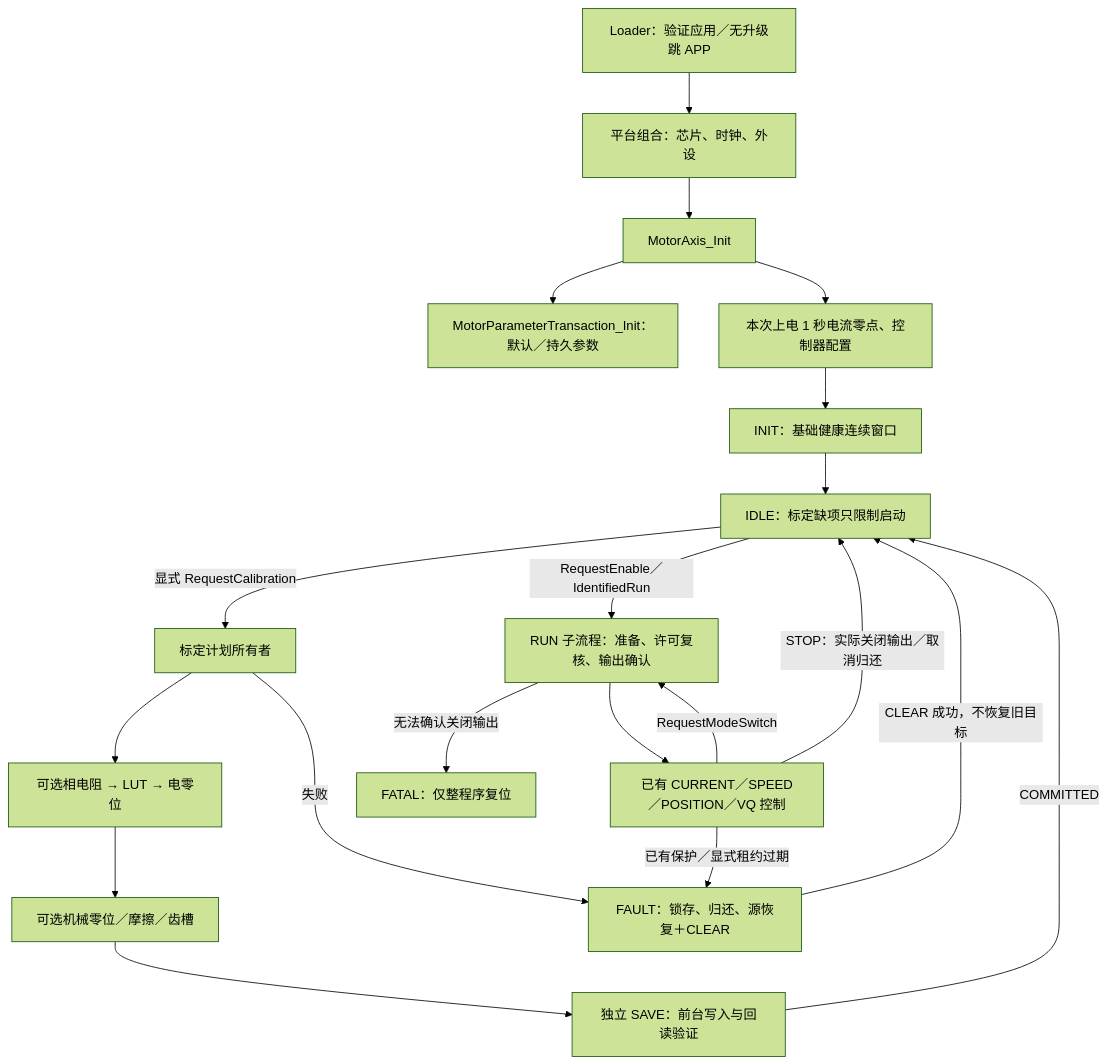
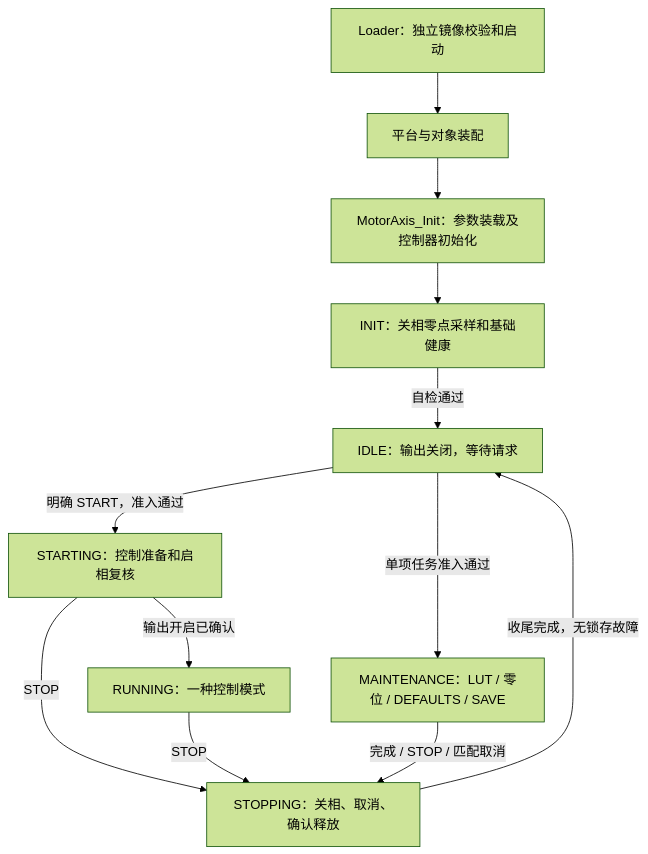
One commit to haoyang877/Vector_Mini_ST_Firmware changed the diagram in docs/architecture/motor_platform_lifecycle_v1.md. Above: the diagram before and after it, drawn with Mermaid (forest theme). The commit also changed other lines of this file and 13 other files, not shown here.

````diff
--- a/docs/architecture/motor_platform_lifecycle_v1.md
+++ b/docs/architecture/motor_platform_lifecycle_v1.md
@@ -9,22 +9,14 @@
 ```mermaid
 flowchart TD
-  L[Loader：验证应用／无升级跳 APP] --> P[平台组合：芯片、时钟、外设]
-  P --> A[MotorAxis_Init]
-  A --> T[MotorParameterTransaction_Init：默认／持久参数]
-  A --> Z[本次上电 1 秒电流零点、控制器配置]
-  Z --> I[INIT：基础健康连续窗口]
-  I --> D[IDLE：标定缺项只限制启动]
-  D -->|显式 RequestCalibration| C[标定计划所有者]
-  C --> R[可选相电阻 → LUT → 电零位]
-  R --> M[可选机械零位／摩擦／齿槽]
-  M --> S[独立 SAVE：前台写入与回读验证]
-  S -->|COMMITTED| D
-  D -->|RequestEnable／IdentifiedRun| E[RUN 子流程：准备、许可复核、输出确认]
-  E --> N[已有 CURRENT／SPEED／POSITION／VQ 控制]
-  N -->|RequestModeSwitch| E
-  N -->|STOP：实际关闭输出／取消归还| D
-  C -->|失败| F[FAULT：锁存、归还、源恢复＋CLEAR]
-  N -->|已有保护／显式租约过期| F
-  F -->|CLEAR 成功，不恢复旧目标| D
-  E -->|无法确认关闭输出| X[FATAL：仅整程序复位]
+  L[Loader：独立镜像校验和启动] --> P[平台与对象装配]
+  P --> A[MotorAxis_Init：参数装载及控制器初始化]
+  A --> I[INIT：关相零点采样和基础健康]
+  I -->|自检通过| D[IDLE：输出关闭，等待请求]
+  D -->|明确 START，准入通过| S[STARTING：控制准备和启相复核]
+  S -->|输出开启已确认| R[RUNNING：一种控制模式]
+  D -->|单项任务准入通过| M[MAINTENANCE：LUT / 零位 / DEFAULTS / SAVE]
+  S -->|STOP| T[STOPPING：关相、取消、确认释放]
+  R -->|STOP| T
+  M -->|完成 / STOP / 匹配取消| T
+  T -->|收尾完成，无锁存故障| D
 ```
````
